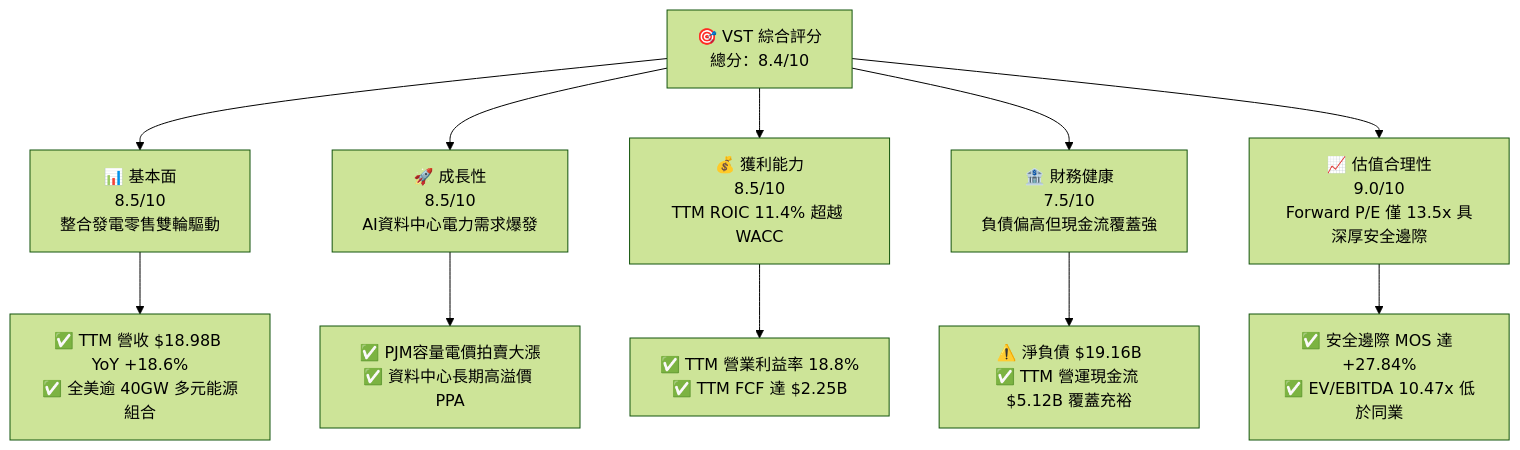
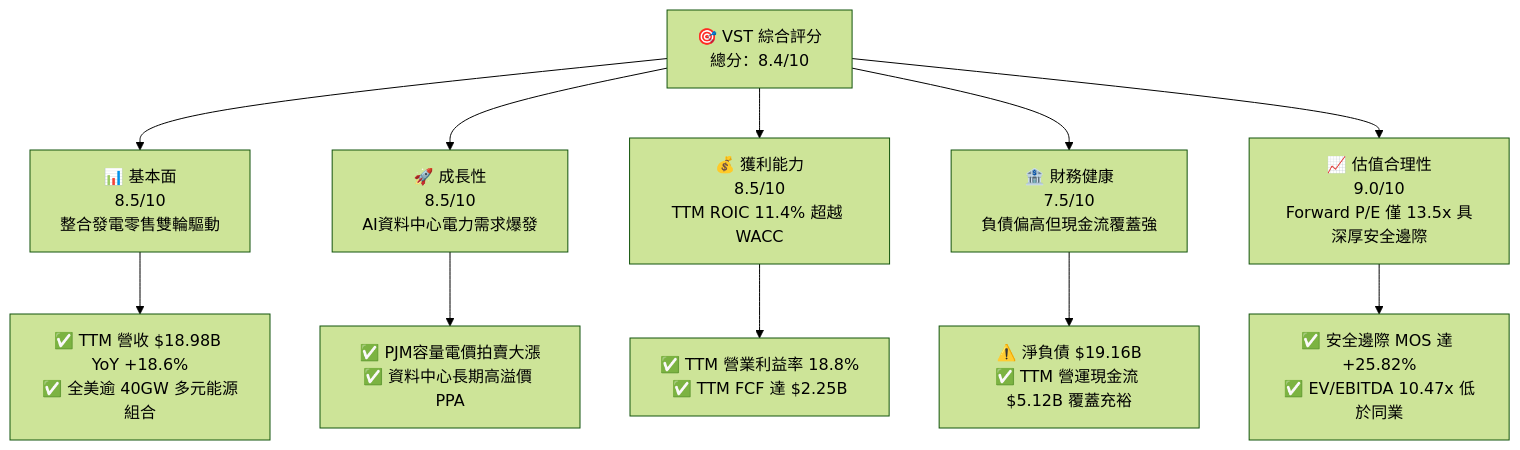
Before and after one commit to yennanliu/finance_data: the first of 15 diagrams in ai_gen_report/fundamental/vst/fundamental_analysis_2026-10-23_gemini.md, drawn with Mermaid (forest theme). The commit also changed other lines of this file and 339 other files, not shown here.

````diff
--- a/ai_gen_report/fundamental/vst/fundamental_analysis_2026-10-23_gemini.md
+++ b/ai_gen_report/fundamental/vst/fundamental_analysis_2026-10-23_gemini.md
@@ -75,22 +75,22 @@
 ```mermaid
 graph TD
     VST["🎯 VST 綜合評分<br/>總分：8.4/10"]
 
     F["📊 基本面<br/>8.5/10<br/>整合發電零售雙輪驅動"]
     G["🚀 成長性<br/>8.5/10<br/>AI資料中心電力需求爆發"]
     P["💰 獲利能力<br/>8.5/10<br/>TTM ROIC 11.4% 超越 WACC"]
     B["🏦 財務健康<br/>7.5/10<br/>負債偏高但現金流覆蓋強"]
     V["📈 估值合理性<br/>9.0/10<br/>Forward P/E 僅 13.5x 具深厚安全邊際"]
 
     VST --> F
     VST --> G
     VST --> P
     VST --> B
     VST --> V
 
     F --> F1["✅ TTM 營收 $18.98B YoY +18.6%<br/>✅ 全美逾 40GW 多元能源組合"]
     G --> G1["✅ PJM容量電價拍賣大漲<br/>✅ 資料中心長期高溢價 PPA"]
     P --> P1["✅ TTM 營業利益率 18.8%<br/>✅ TTM FCF 達 $2.25B"]
     B --> B1["⚠️ 淨負債 $19.16B<br/>✅ TTM 營運現金流 $5.12B 覆蓋充裕"]
-    V --> V1["✅ 安全邊際 MOS 達 +27.84%<br/>✅ EV/EBITDA 10.47x 低於同業"]
+    V --> V1["✅ 安全邊際 MOS 達 +25.82%<br/>✅ EV/EBITDA 10.47x 低於同業"]
 ```
````
